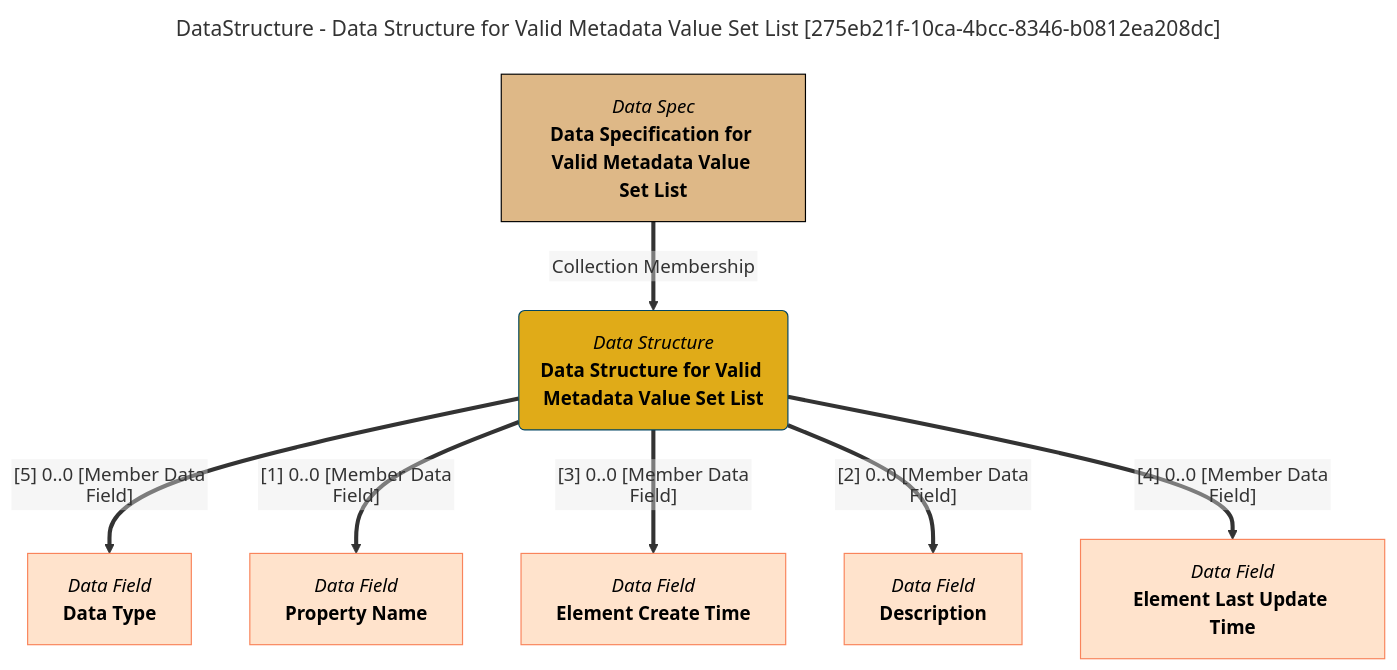
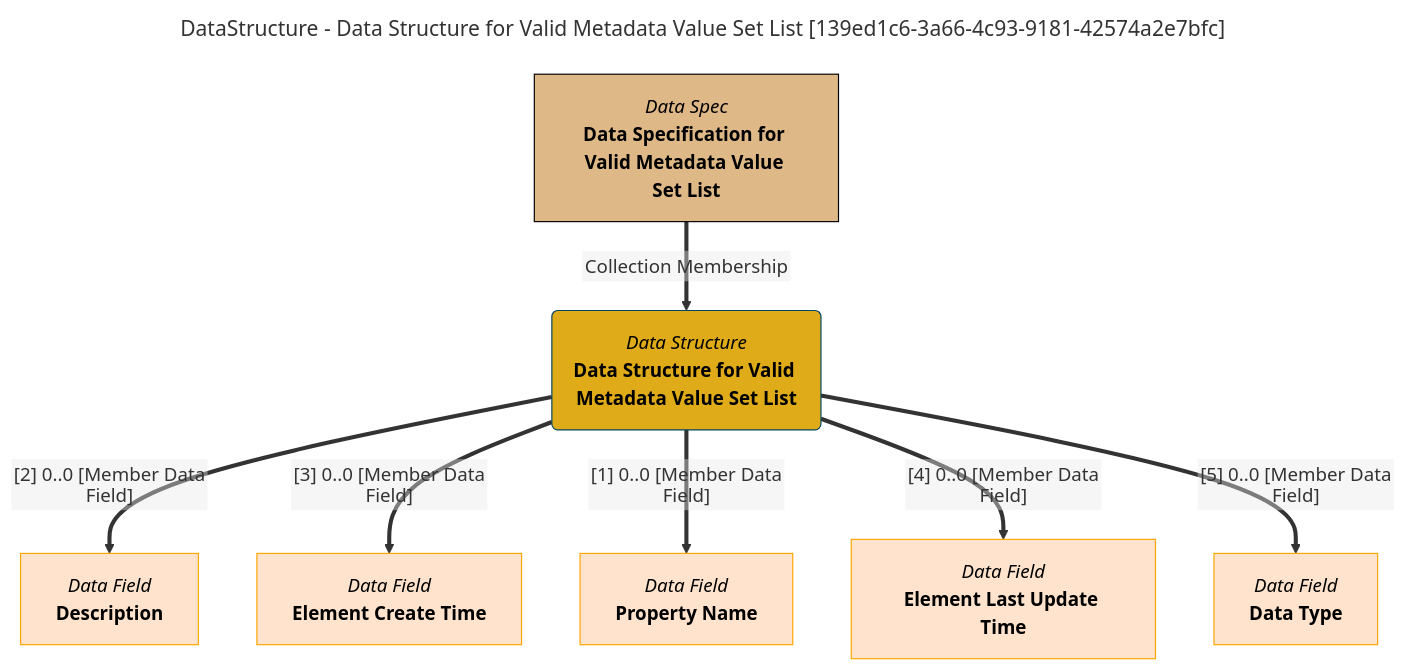
Before and after one commit to odpi/egeria-docs: the diagram in site/snippets/data-structures/data-structure-for-valid-metadata-value-set-list-mermaid-graph.md, drawn with Mermaid. The commit also changed 2201 other files, not shown here.

````diff
--- a/site/snippets/data-structures/data-structure-for-valid-metadata-value-set-list-mermaid-graph.md
+++ b/site/snippets/data-structures/data-structure-for-valid-metadata-value-set-list-mermaid-graph.md
@@ -1,35 +1,35 @@
 ```mermaid
 ---
-title: DataStructure - Data Structure for Valid Metadata Value Set List [275eb21f-10ca-4bcc-8346-b0812ea208dc]
+title: DataStructure - Data Structure for Valid Metadata Value Set List [139ed1c6-3a66-4c93-9181-42574a2e7bfc]
 ---
 flowchart TD
 %%{init: {"flowchart": {"htmlLabels": false}} }%%
 
 1@{ shape: rounded, label: "*Data Structure*
 **Data Structure for Valid Metadata Value Set List**"}
 2@{ shape: rect, label: "*Data Spec*
 **Data Specification for Valid Metadata Value Set List**"}
 2==>|"Collection Membership"|1
 3@{ shape: rect, label: "*Data Field*
+**Description**"}
+1==>|"[2] 0..0 [Member Data Field]"|3
+4@{ shape: rect, label: "*Data Field*
+**Element Create Time**"}
+1==>|"[3] 0..0 [Member Data Field]"|4
+5@{ shape: rect, label: "*Data Field*
+**Property Name**"}
+1==>|"[1] 0..0 [Member Data Field]"|5
+6@{ shape: rect, label: "*Data Field*
+**Element Last Update Time**"}
+1==>|"[4] 0..0 [Member Data Field]"|6
+7@{ shape: rect, label: "*Data Field*
 **Data Type**"}
-1==>|"[5] 0..0 [Member Data Field]"|3
-4@{ shape: rect, label: "*Data Field*
-**Property Name**"}
-1==>|"[1] 0..0 [Member Data Field]"|4
-5@{ shape: rect, label: "*Data Field*
-**Element Create Time**"}
-1==>|"[3] 0..0 [Member Data Field]"|5
-6@{ shape: rect, label: "*Data Field*
-**Description**"}
-1==>|"[2] 0..0 [Member Data Field]"|6
-7@{ shape: rect, label: "*Data Field*
-**Element Last Update Time**"}
-1==>|"[4] 0..0 [Member Data Field]"|7
+1==>|"[5] 0..0 [Member Data Field]"|7
 style 1 color:#000000, fill:#e0ab18, stroke:#004563
-style 2 color:#000000, fill:#deb887, stroke:#000000
-style 3 color:#000000, fill:#ffe3cc, stroke:#f9845b
-style 4 color:#000000, fill:#ffe3cc, stroke:#f9845b
-style 5 color:#000000, fill:#ffe3cc, stroke:#f9845b
-style 6 color:#000000, fill:#ffe3cc, stroke:#f9845b
-style 7 color:#000000, fill:#ffe3cc, stroke:#f9845b
+style 2 color:#000000, fill:#DEB887, stroke:#000000
+style 3 color:#000000, fill:#ffe3cc, stroke:#FFA500
+style 4 color:#000000, fill:#ffe3cc, stroke:#FFA500
+style 5 color:#000000, fill:#ffe3cc, stroke:#FFA500
+style 6 color:#000000, fill:#ffe3cc, stroke:#FFA500
+style 7 color:#000000, fill:#ffe3cc, stroke:#FFA500
 ```
````
